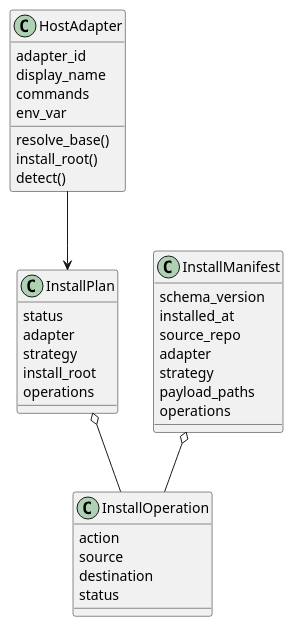
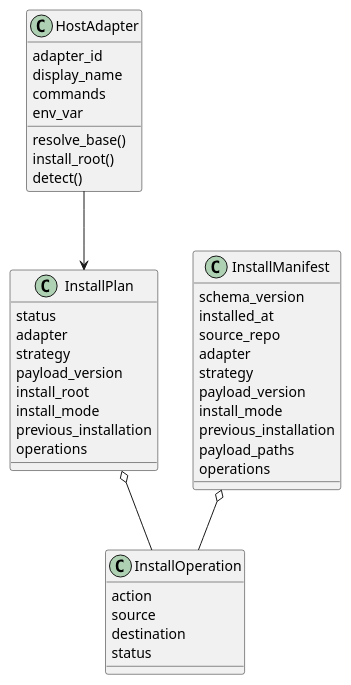
One commit to agilewayai/SynapseOS changed the third of 3 diagrams in .aries_harness/references/domain/DOM-002-synapseos-initialization-domain.md. Above: the diagram before and after it, drawn with PlantUML. The commit also changed other lines of this file and 27 other files, not shown here.

Commit message:
Improve SynapseOS agent install refresh flow

````diff
--- a/.aries_harness/references/domain/DOM-002-synapseos-initialization-domain.md
+++ b/.aries_harness/references/domain/DOM-002-synapseos-initialization-domain.md
@@ -152,42 +154,48 @@
 ```plantuml
 @startuml
 class HostAdapter {
   adapter_id
   display_name
   commands
   env_var
   resolve_base()
   install_root()
   detect()
 }
 
 class InstallPlan {
   status
   adapter
   strategy
+  payload_version
   install_root
+  install_mode
+  previous_installation
   operations
 }
 
 class InstallOperation {
   action
   source
   destination
   status
 }
 
 class InstallManifest {
   schema_version
   installed_at
   source_repo
   adapter
   strategy
+  payload_version
+  install_mode
+  previous_installation
   payload_paths
   operations
 }
 
 HostAdapter --> InstallPlan
 InstallPlan o-- InstallOperation
 InstallManifest o-- InstallOperation
 @enduml
 ```
````
